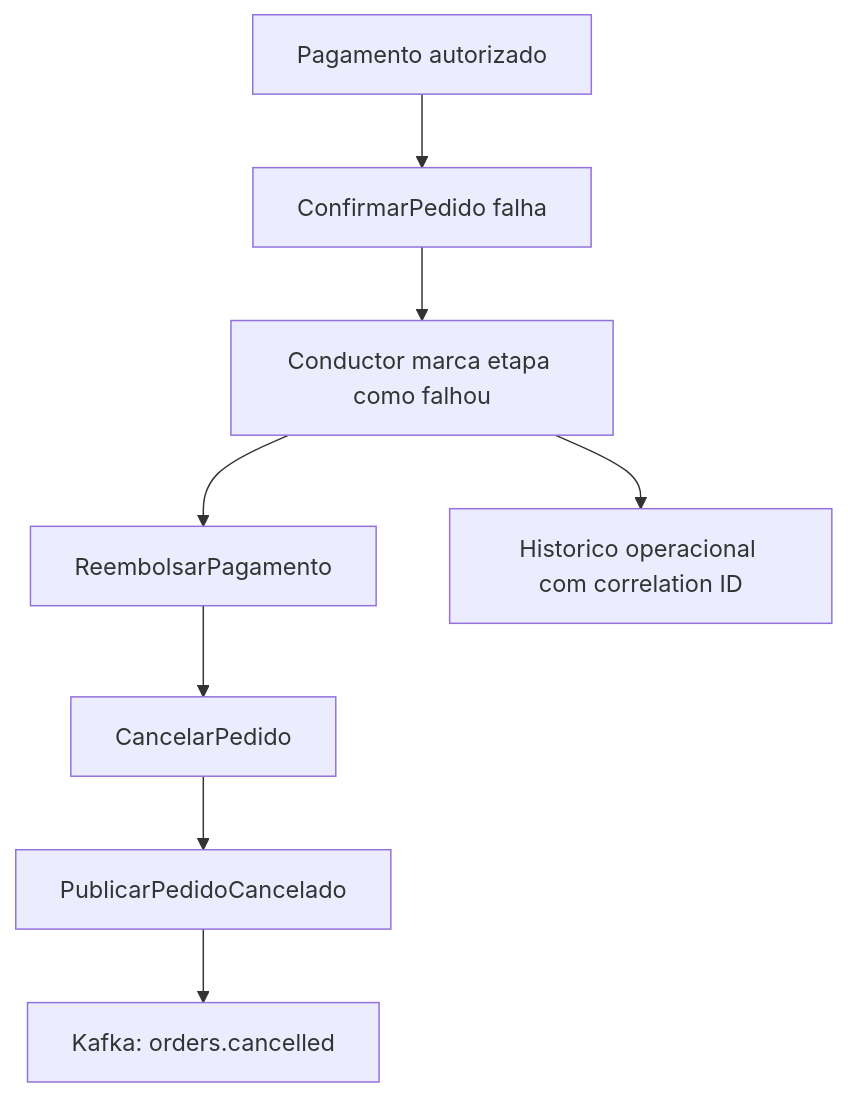
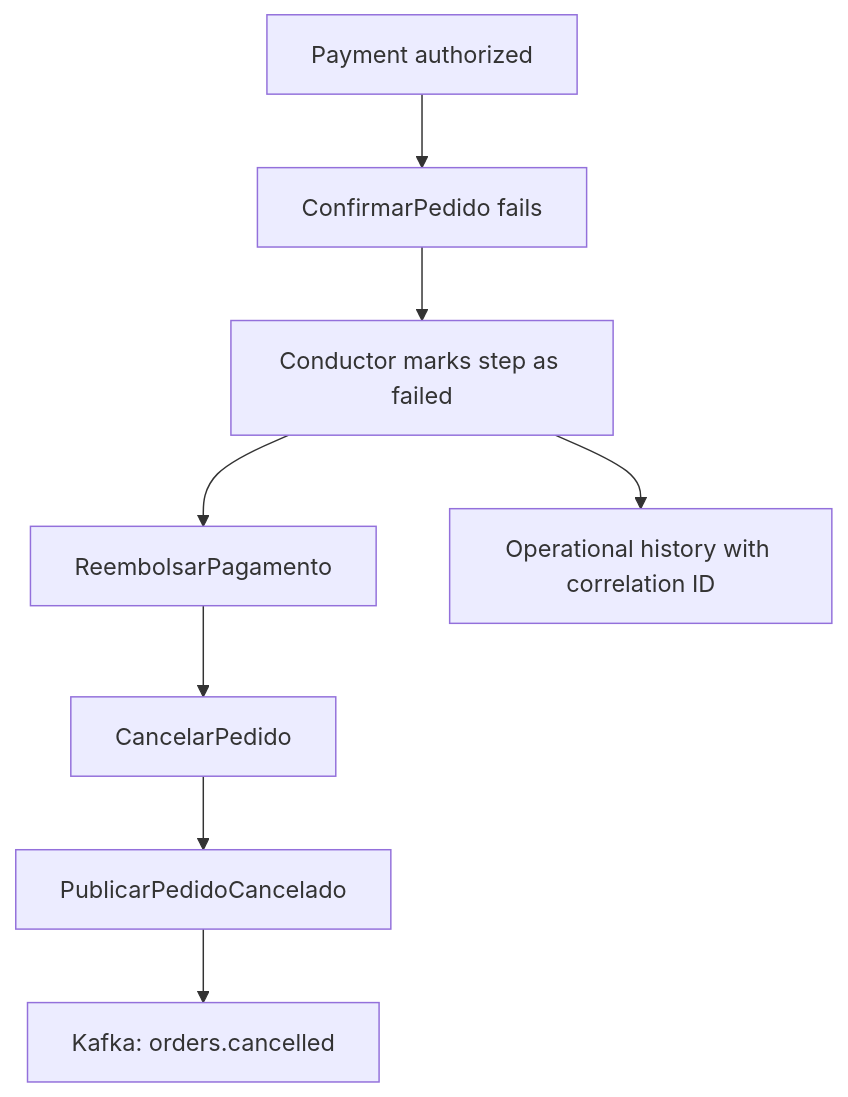
One commit to Thiago771414/event-driven-order-processing-system changed the second of 3 diagrams in event-driven-order-processing-system-main/fullstack-system-design-playbook/docs/saga-orchestration/minishop-conductor-blueprint.md. Above: the diagram before and after it, drawn with Mermaid. The commit also changed other lines of this file and 19 other files, not shown here.

````diff
--- a/event-driven-order-processing-system-main/fullstack-system-design-playbook/docs/saga-orchestration/minishop-conductor-blueprint.md
+++ b/event-driven-order-processing-system-main/fullstack-system-design-playbook/docs/saga-orchestration/minishop-conductor-blueprint.md
@@ -71,10 +71,10 @@
 ```mermaid
 flowchart TD
-  A["Pagamento autorizado"] --> B["ConfirmarPedido falha"]
-  B --> C["Conductor marca etapa como falhou"]
+  A["Payment authorized"] --> B["ConfirmarPedido fails"]
+  B --> C["Conductor marks step as failed"]
   C --> D["ReembolsarPagamento"]
   D --> E["CancelarPedido"]
   E --> F["PublicarPedidoCancelado"]
   F --> G["Kafka: orders.cancelled"]
-  C --> H["Historico operacional com correlation ID"]
+  C --> H["Operational history with correlation ID"]
 ```
````
